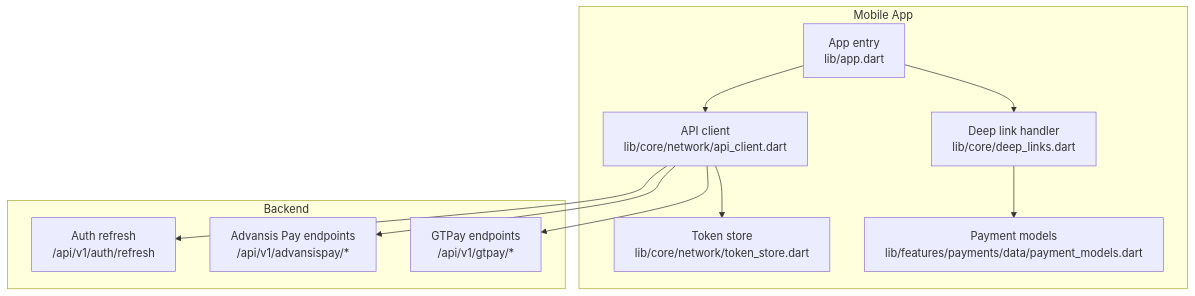
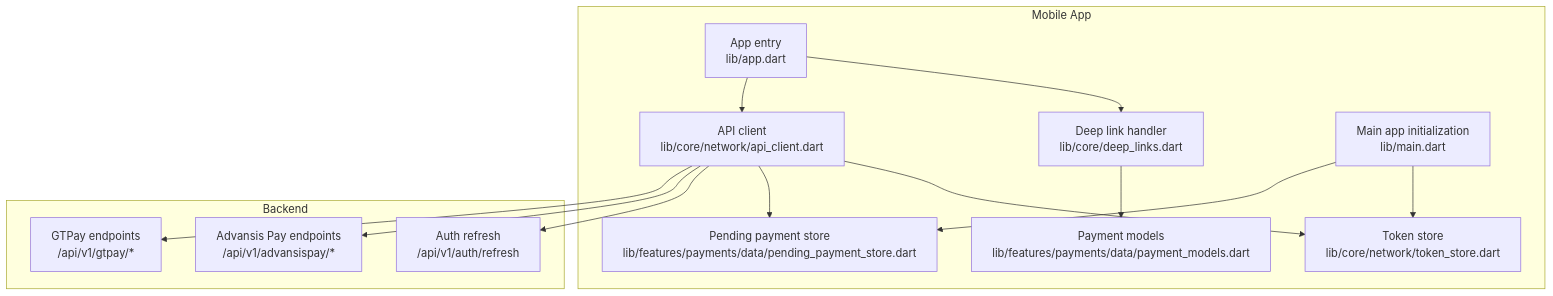
Before and after one commit to Advanstech/Lidapay-shop: the first of 9 diagrams in .qoder/repowiki/en/content/Payment Processing/Payment Security & Compliance.md, drawn with Mermaid. The commit also changed other lines of this file and 174 other files, not shown here.

````diff
--- a/.qoder/repowiki/en/content/Payment Processing/Payment Security & Compliance.md
+++ b/.qoder/repowiki/en/content/Payment Processing/Payment Security & Compliance.md
@@ -39,22 +50,27 @@
 ```mermaid
 graph TB
 subgraph "Mobile App"
 A["App entry<br/>lib/app.dart"]
 B["Deep link handler<br/>lib/core/deep_links.dart"]
 C["API client<br/>lib/core/network/api_client.dart"]
 D["Token store<br/>lib/core/network/token_store.dart"]
 E["Payment models<br/>lib/features/payments/data/payment_models.dart"]
+F["Pending payment store<br/>lib/features/payments/data/pending_payment_store.dart"]
+G["Main app initialization<br/>lib/main.dart"]
 end
 subgraph "Backend"
-F["Auth refresh<br/>/api/v1/auth/refresh"]
-G["Advansis Pay endpoints<br/>/api/v1/advansispay/*"]
-H["GTPay endpoints<br/>/api/v1/gtpay/*"]
+H["Auth refresh<br/>/api/v1/auth/refresh"]
+I["Advansis Pay endpoints<br/>/api/v1/advansispay/*"]
+J["GTPay endpoints<br/>/api/v1/gtpay/*"]
 end
 A --> B
 A --> C
 C --> D
 C --> F
-C --> G
 C --> H
+C --> I
+C --> J
 B --> E
+G --> D
+G --> F
 ```
````
